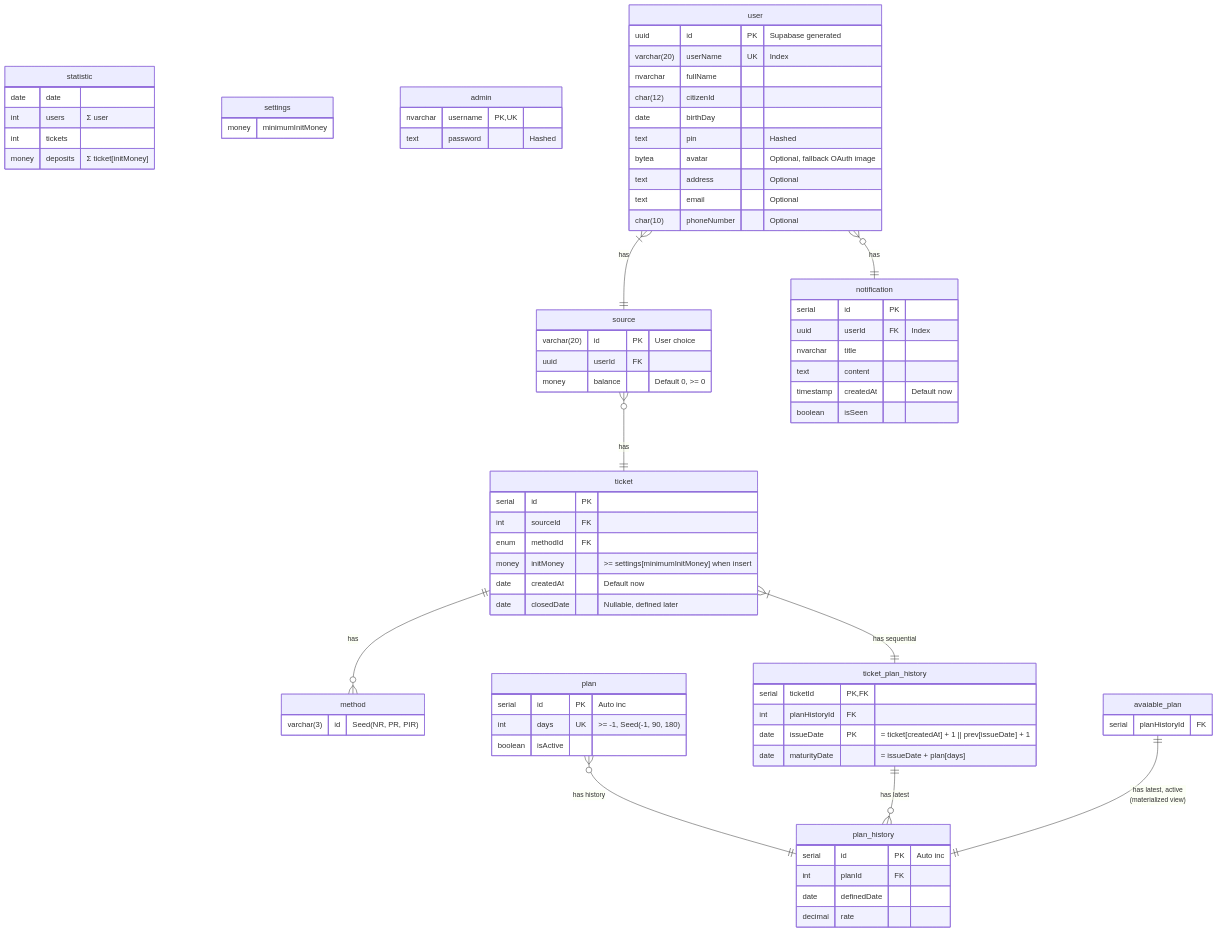
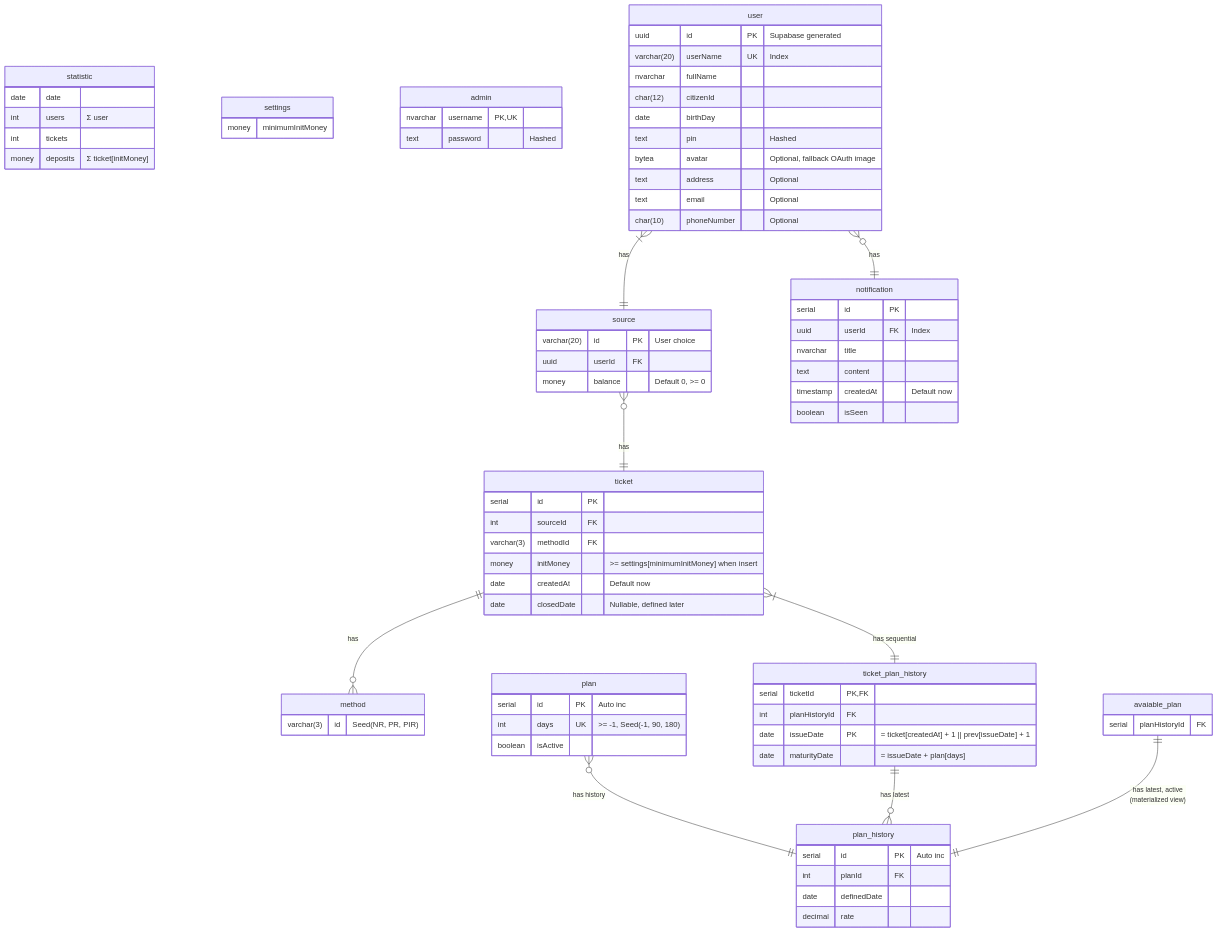
Before and after one commit to coinhub-uit/coinhub-uit.github.io: the diagram in docs/diagrams/database.md, drawn with Mermaid.

Commit message:
docs(database): forget to match the method id in other tables

```diff
--- a/docs/diagrams/database.md
+++ b/docs/diagrams/database.md
@@ -55,7 +55,7 @@
   ticket {
     serial id PK
     int sourceId FK
-    enum methodId FK
+    varchar(3) methodId FK
     money initMoney ">= settings[minimumInitMoney] when insert"
     date createdAt "Default now"
     date closedDate "Nullable, defined later"
```
